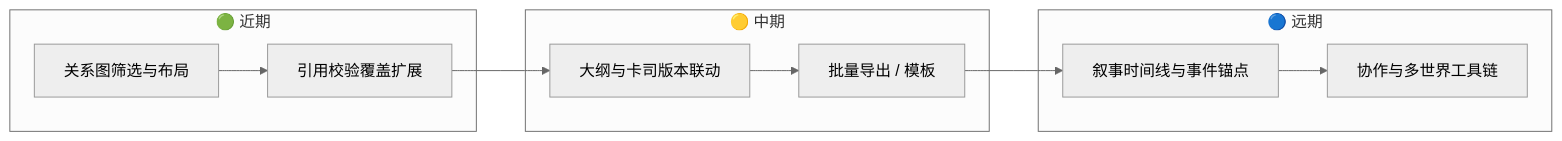
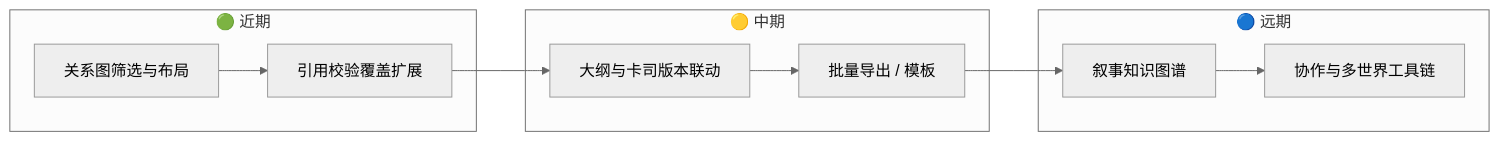
One commit to Lucas-Wang-THU/Magic_Creater_World changed the fourth of 4 diagrams in README.md. Above: the diagram before and after it, drawn with Mermaid (neutral theme). The commit also changed other lines of this file and 14 other files, not shown here.

````diff
--- a/README.md
+++ b/README.md
@@ -424,16 +440,16 @@
 ```mermaid
 flowchart LR
   subgraph 近期["🟢 近期"]
     A1[关系图筛选与布局]
     A2[引用校验覆盖扩展]
   end
   subgraph 中期["🟡 中期"]
     B1[大纲与卡司版本联动]
     B2[批量导出 / 模板]
   end
   subgraph 远期["🔵 远期"]
-    C1[叙事时间线与事件锚点]
+    C1[叙事知识图谱]
     C2[协作与多世界工具链]
   end
   A1 --> A2 --> B1 --> B2 --> C1 --> C2
 ```
````
